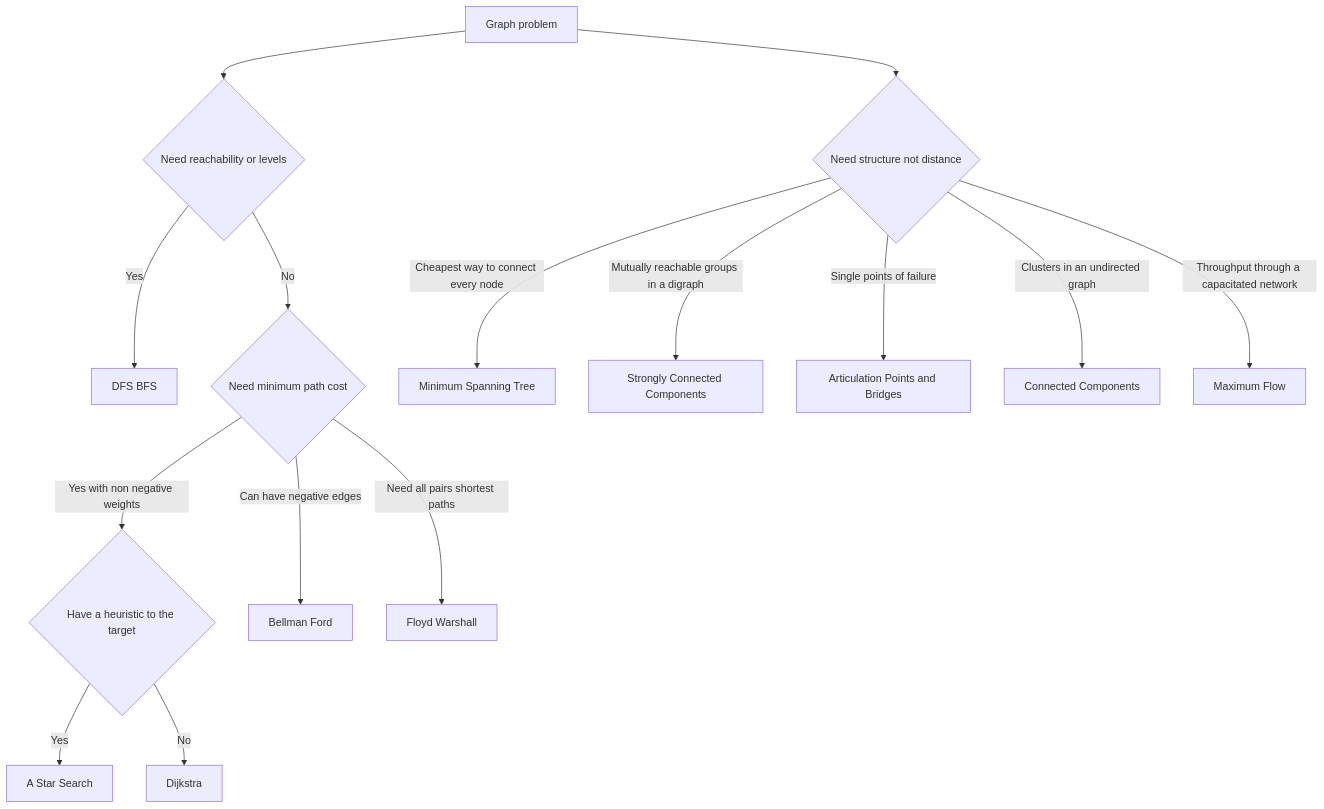
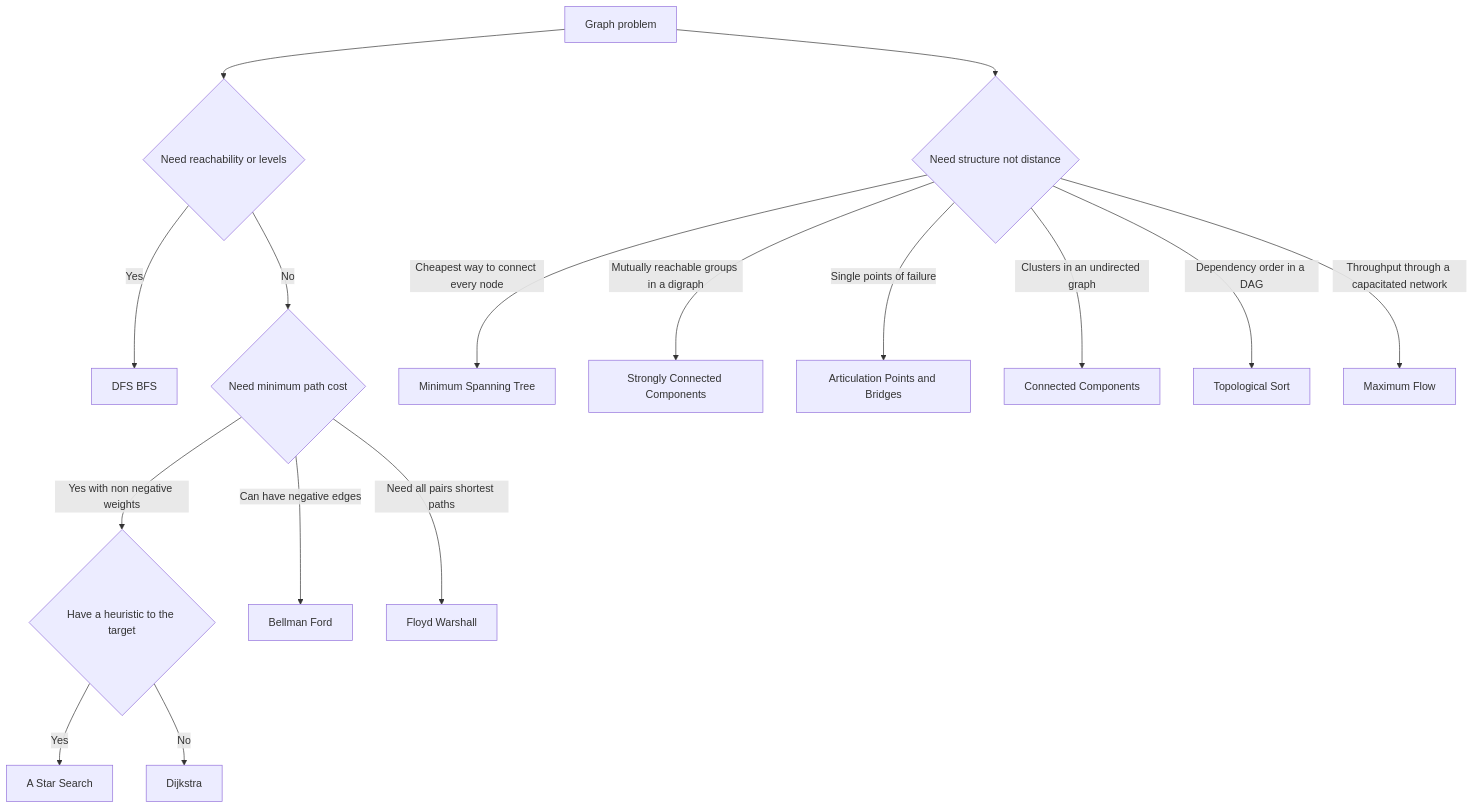
One commit to grafanaKibana/devbook.zip changed the diagram in Vault/Home/Computer Science/Algorithms/Graph Algorithms/Graph Algorithms.md. Above: the diagram before and after it, drawn with Mermaid. The commit also changed other lines of this file, not shown here.

````diff
--- a/Vault/Home/Computer Science/Algorithms/Graph Algorithms/Graph Algorithms.md
+++ b/Vault/Home/Computer Science/Algorithms/Graph Algorithms/Graph Algorithms.md
@@ -24,17 +24,18 @@
 ```mermaid
 flowchart TD
   A[Graph problem] --> B{Need reachability or levels}
   B -->|Yes| C[DFS BFS]
   B -->|No| D{Need minimum path cost}
   D -->|Yes with non negative weights| E{Have a heuristic to the target}
   E -->|Yes| E1[A Star Search]
   E -->|No| E2[Dijkstra]
   D -->|Can have negative edges| F[Bellman Ford]
   D -->|Need all pairs shortest paths| G[Floyd Warshall]
   A --> H{Need structure not distance}
   H -->|Cheapest way to connect every node| I[Minimum Spanning Tree]
   H -->|Mutually reachable groups in a digraph| J[Strongly Connected Components]
   H -->|Single points of failure| K[Articulation Points and Bridges]
   H -->|Clusters in an undirected graph| M[Connected Components]
+  H -->|Dependency order in a DAG| N[Topological Sort]
   H -->|Throughput through a capacitated network| L[Maximum Flow]
 ```
````
